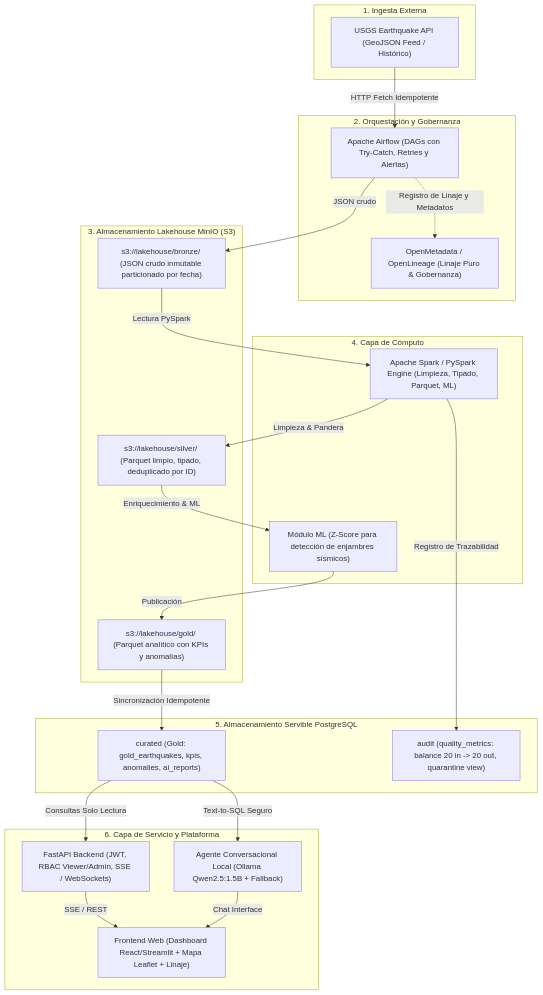
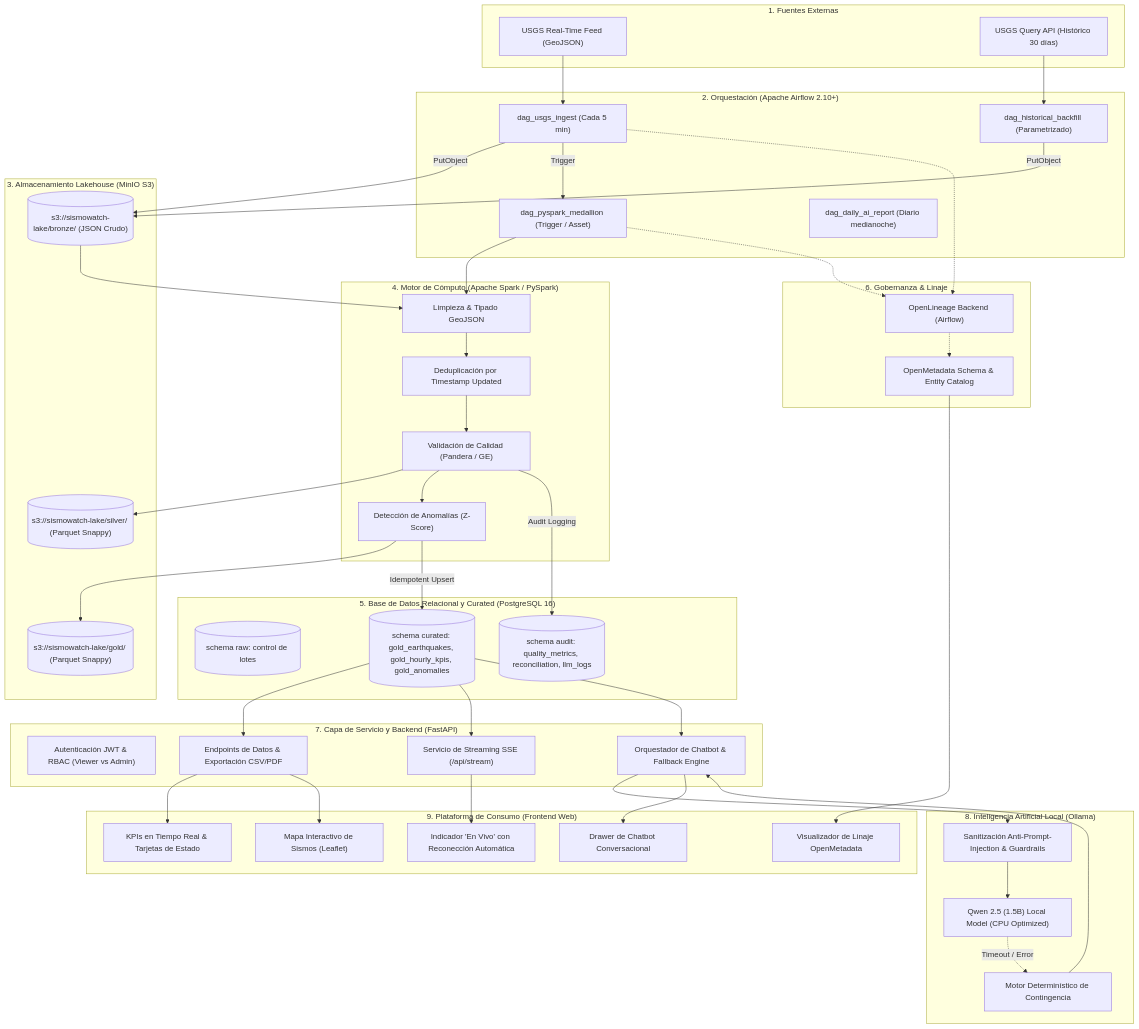
Before and after one commit to Dan18eP/prueba_desempenio_october: the diagram in docs/ARQUITECTURA.md, drawn with Mermaid. The commit also changed other lines of this file and 14 other files, not shown here.

Commit message:
docs: formalize ADRs, data lineage, architecture and business logic specifications

````diff
--- a/docs/ARQUITECTURA.md
+++ b/docs/ARQUITECTURA.md
@@ -19,47 +17,93 @@
 ```mermaid
 flowchart TD
-    subgraph Fuentes ["1. Ingesta Externa"]
-        USGS["USGS Earthquake API (GeoJSON Feed / Histórico)"]
+    subgraph S1 ["1. Fuentes Externas"]
+        USGS_FEED["USGS Real-Time Feed (GeoJSON)"]
+        USGS_HIST["USGS Query API (Histórico 30 días)"]
     end
 
-    subgraph Orquestacion ["2. Orquestación y Gobernanza"]
-        AF["Apache Airflow (DAGs con Try-Catch, Retries y Alertas)"]
-        OM["OpenMetadata / OpenLineage (Linaje Puro & Gobernanza)"]
+    subgraph S2 ["2. Orquestación (Apache Airflow 2.10+)"]
+        DAG_ING["dag_usgs_ingest (Cada 5 min)"]
+        DAG_BACK["dag_historical_backfill (Parametrizado)"]
+        DAG_SPARK["dag_pyspark_medallion (Trigger / Asset)"]
+        DAG_AI["dag_daily_ai_report (Diario medianoche)"]
     end
 
-    subgraph DataLakehouse ["3. Almacenamiento Lakehouse MinIO (S3)"]
-        BRONZE["s3://lakehouse/bronze/ (JSON crudo inmutable particionado por fecha)"]
-        SILVER["s3://lakehouse/silver/ (Parquet limpio, tipado, deduplicado por ID)"]
-        GOLD_S3["s3://lakehouse/gold/ (Parquet analítico con KPIs y anomalías)"]
+    subgraph S3 ["3. Almacenamiento Lakehouse (MinIO S3)"]
+        MINIO_B[("s3://sismowatch-lake/bronze/ (JSON Crudo)")]
+        MINIO_S[("s3://sismowatch-lake/silver/ (Parquet Snappy)")]
+        MINIO_G[("s3://sismowatch-lake/gold/ (Parquet Snappy)")]
     end
 
-    subgraph Procesamiento ["4. Capa de Cómputo"]
-        SPARK["Apache Spark / PySpark Engine (Limpieza, Tipado, Parquet, ML)"]
-        ML["Módulo ML (Z-Score para detección de enjambres sísmicos)"]
+    subgraph S4 ["4. Motor de Cómputo (Apache Spark / PySpark)"]
+        SPARK_CLEAN["Limpieza & Tipado GeoJSON"]
+        SPARK_DEDUP["Deduplicación por Timestamp Updated"]
+        SPARK_QUAL["Validación de Calidad (Pandera / GE)"]
+        SPARK_ML["Detección de Anomalías (Z-Score)"]
     end
 
-    subgraph Servicio ["5. Almacenamiento Servible PostgreSQL"]
-        GOLD_PG["curated (Gold: gold_earthquakes, kpis, anomalies, ai_reports)"]
-        AUDIT_PG["audit (quality_metrics: balance 20 in -> 20 out, quarantine view)"]
+    subgraph S5 ["5. Base de Datos Relacional y Curated (PostgreSQL 16)"]
+        PG_RAW[("schema raw: control de lotes")]
+        PG_CURATED[("schema curated: gold_earthquakes, gold_hourly_kpis, gold_anomalies")]
+        PG_AUDIT[("schema audit: quality_metrics, reconciliation, llm_logs")]
     end
 
-    subgraph Consumo ["6. Capa de Servicio y Plataforma"]
-        API["FastAPI Backend (JWT, RBAC Viewer/Admin, SSE / WebSockets)"]
-        DASH["Frontend Web (Dashboard React/Streamlit + Mapa Leaflet + Linaje)"]
-        AI_AGENT["Agente Conversacional Local (Ollama Qwen2.5:1.5B + Fallback)"]
+    subgraph S6 ["6. Gobernanza & Linaje"]
+        OM_SPEC["OpenMetadata Schema & Entity Catalog"]
+        OL_EVENTS["OpenLineage Backend (Airflow)"]
     end
 
-    USGS -->|HTTP Fetch Idempotente| AF
-    AF -->|JSON crudo| BRONZE
-    BRONZE -->|Lectura PySpark| SPARK
-    SPARK -->|Limpieza & Pandera| SILVER
-    SILVER -->|Enriquecimiento & ML| ML
-    ML -->|Publicación| GOLD_S3
-    GOLD_S3 -->|Sincronización Idempotente| GOLD_PG
-    SPARK -->|Registro de Trazabilidad| AUDIT_PG
-    AF -.->|Registro de Linaje y Metadatos| OM
-    GOLD_PG -->|Consultas Solo Lectura| API
-    GOLD_PG -->|Text-to-SQL Seguro| AI_AGENT
-    API -->|SSE / REST| DASH
-    AI_AGENT -->|Chat Interface| DASH
+    subgraph S7 ["7. Capa de Servicio y Backend (FastAPI)"]
+        API_AUTH["Autenticación JWT & RBAC (Viewer vs Admin)"]
+        API_SSE["Servicio de Streaming SSE (/api/stream)"]
+        API_DATA["Endpoints de Datos & Exportación CSV/PDF"]
+        API_AGENT["Orquestador de Chatbot & Fallback Engine"]
+    end
+
+    subgraph S8 ["8. Inteligencia Artificial Local (Ollama)"]
+        LLM["Qwen 2.5 (1.5B) Local Model (CPU Optimized)"]
+        GUARD["Sanitización Anti-Prompt-Injection & Guardrails"]
+        FALLBACK["Motor Determinístico de Contingencia"]
+    end
+
+    subgraph S9 ["9. Plataforma de Consumo (Frontend Web)"]
+        DASH_KPI["KPIs en Tiempo Real & Tarjetas de Estado"]
+        DASH_MAP["Mapa Interactivo de Sismos (Leaflet)"]
+        DASH_STREAM["Indicador 'En Vivo' con Reconección Automática"]
+        DASH_LIN["Visualizador de Linaje OpenMetadata"]
+        DASH_CHAT["Drawer de Chatbot Conversacional"]
+    end
+
+    USGS_FEED --> DAG_ING
+    USGS_HIST --> DAG_BACK
+    DAG_ING -->|PutObject| MINIO_B
+    DAG_BACK -->|PutObject| MINIO_B
+
+    DAG_ING -->|Trigger| DAG_SPARK
+    DAG_SPARK --> SPARK_CLEAN
+    MINIO_B --> SPARK_CLEAN
+    SPARK_CLEAN --> SPARK_DEDUP
+    SPARK_DEDUP --> SPARK_QUAL
+    SPARK_QUAL --> MINIO_S
+    SPARK_QUAL --> SPARK_ML
+    SPARK_ML --> MINIO_G
+    SPARK_ML -->|Idempotent Upsert| PG_CURATED
+    SPARK_QUAL -->|Audit Logging| PG_AUDIT
+
+    DAG_ING -.-> OL_EVENTS
+    DAG_SPARK -.-> OL_EVENTS
+    OL_EVENTS -.-> OM_SPEC
+
+    PG_CURATED --> API_DATA
+    PG_CURATED --> API_SSE
+    PG_CURATED --> API_AGENT
+    API_AGENT --> GUARD
+    GUARD --> LLM
+    LLM -.->|Timeout / Error| FALLBACK
+    FALLBACK --> API_AGENT
+
+    API_DATA --> DASH_KPI
+    API_DATA --> DASH_MAP
+    API_SSE --> DASH_STREAM
+    OM_SPEC --> DASH_LIN
+    API_AGENT --> DASH_CHAT
 ```
````
